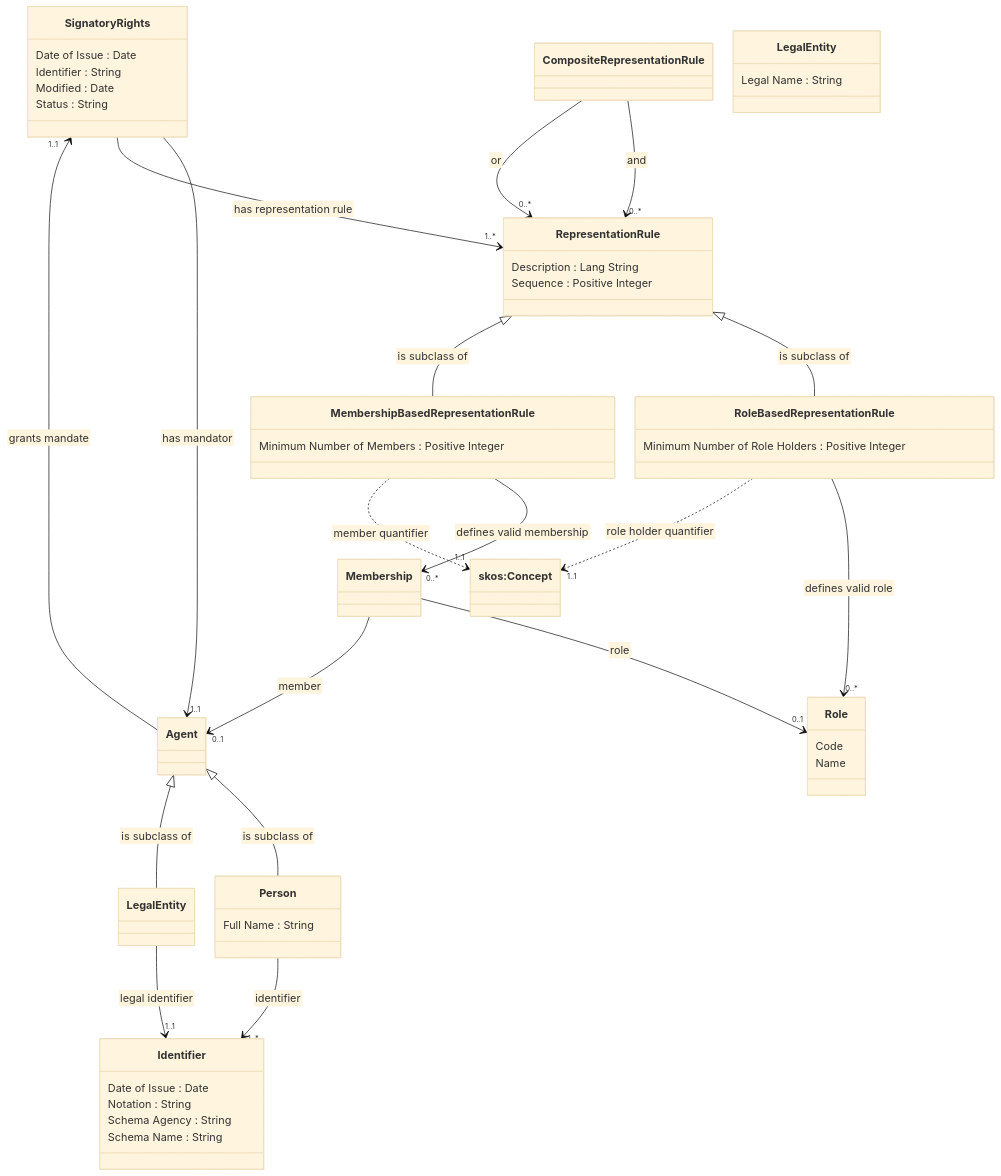
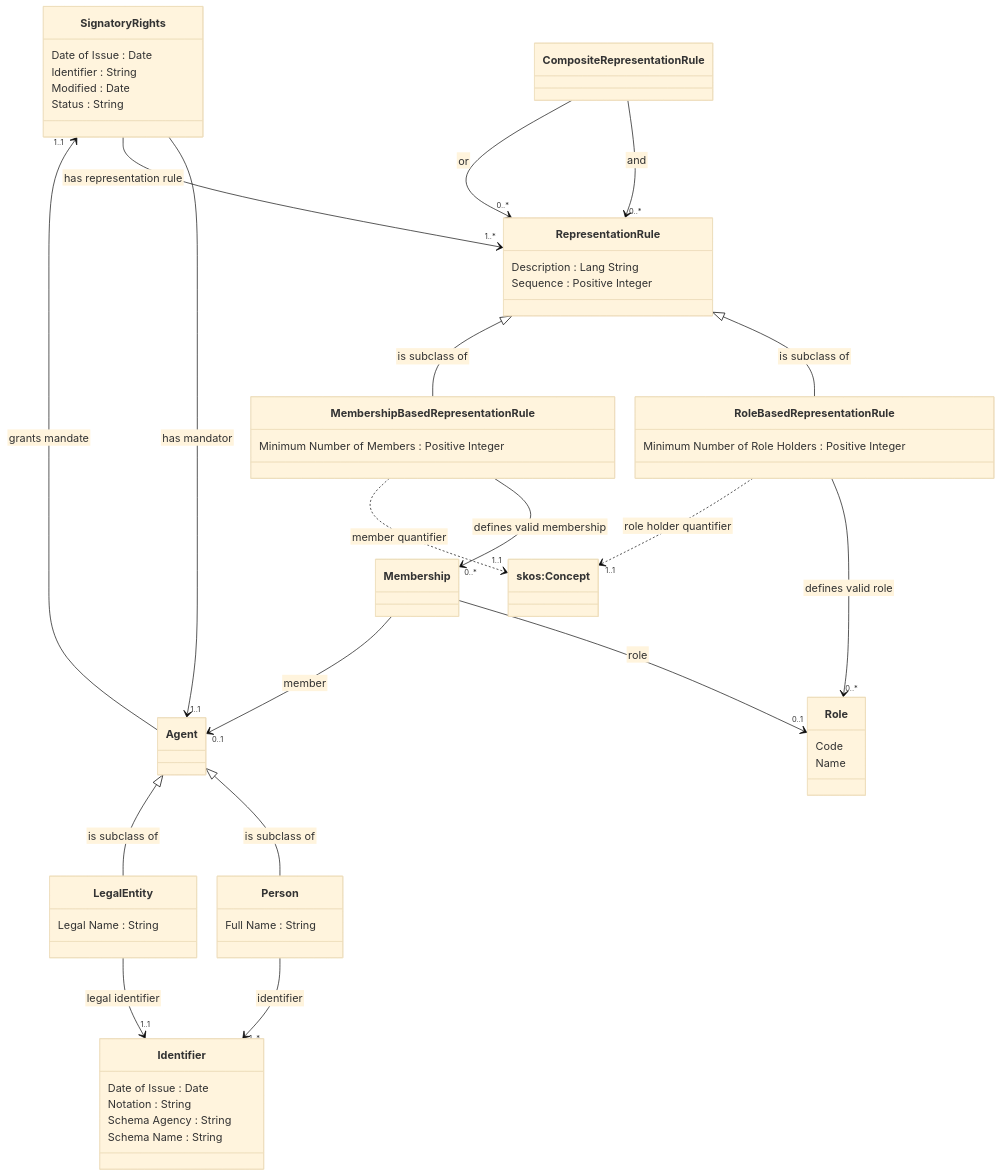
The second of 2 diagrams in README.md (nordicsmartgovernment/Nordic-Signatory-Rights-Model), drawn with Mermaid (base theme) before and after one commit.

````diff
--- a/README.md
+++ b/README.md
@@ -69,81 +69,81 @@
 ```mermaid
  %%{init:{'flowchart':{'nodeSpacing': 30, 'rankSpacing': 95, 'htmlLabels': false}}}%%
     classDiagram
         class Signatory Rights {
             Date of Issue : Date
             Identifier : String
             Modified : Date
             Status : String
         }
 
         Signatory Rights --> "1..1" AgentLegalEntity : has mandator
         Signatory Rights --> "1..*" Representation Rule : has representation rule
 
         class AgentLegalEntity["Agent"] {
         }
 
         AgentLegalEntity --> "1..1" Signatory Rights:grants mandate
 
         class Representation Rule {
            Description : Lang String
            Sequence : Positive Integer
         }
 
         class Role Based Representation Rule {
            Minimum Number of Role Holders : Positive Integer
         }
 
         Role Based Representation Rule --> "0..*" Role : defines valid role
         Role Based Representation Rule ..> "1..1" SKOSConcept : role holder quantifier
 
         class Membership Based Representation Rule {
            Minimum Number of Members : Positive Integer
         }
 
         Membership Based Representation Rule --> "0..*" Membership : defines valid membership
         Membership Based Representation Rule ..> "1..1" SKOSConcept : member quantifier
 
         class Composite Representation Rule {
         }
 
         Composite Representation Rule --> "0..*" Representation Rule : and
         Composite Representation Rule --> "0..*" Representation Rule : or
 
         class Role {
            Code
            Name
         }
 
         class SKOSConcept["skos:Concept"] {
         }
 
         class Membership {
         }
 
         Membership --> "0..1" Role : role
         Membership --> "0..1" AgentLegalEntity : member
 
         class Person {
            Full Name : String
         }
 
         Person --> "1..*" Identifier : identifier
 
-        class Legal Entity Member["LegalEntity"] {
+        class Legal Entity ["LegalEntity"] {
            Legal Name : String
         }
 
         Legal Entity --> "1..1" Identifier : legal identifier
 
         class Identifier {
            Date of Issue : Date
            Notation : String
            Schema Agency : String
            Schema Name : String
         }
 
         Representation Rule <|-- Role Based Representation Rule : is subclass of
         Representation Rule <|-- Membership Based Representation Rule : is subclass of
         AgentLegalEntity <|-- Person : is subclass of
         AgentLegalEntity <|-- Legal Entity : is subclass of
 ```
````
